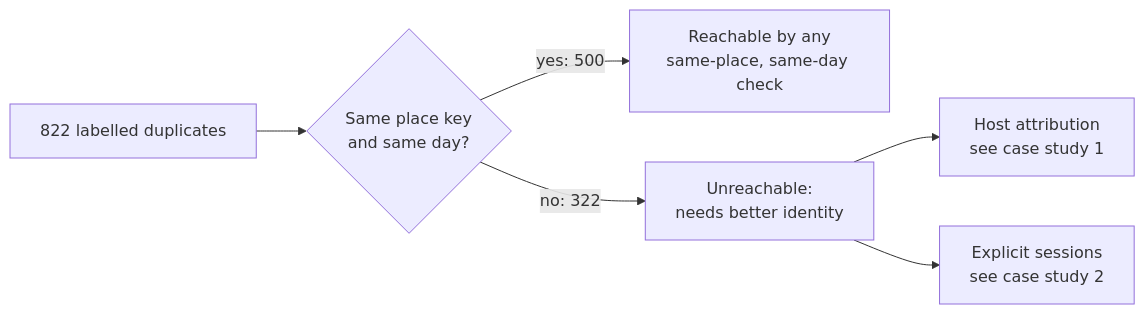
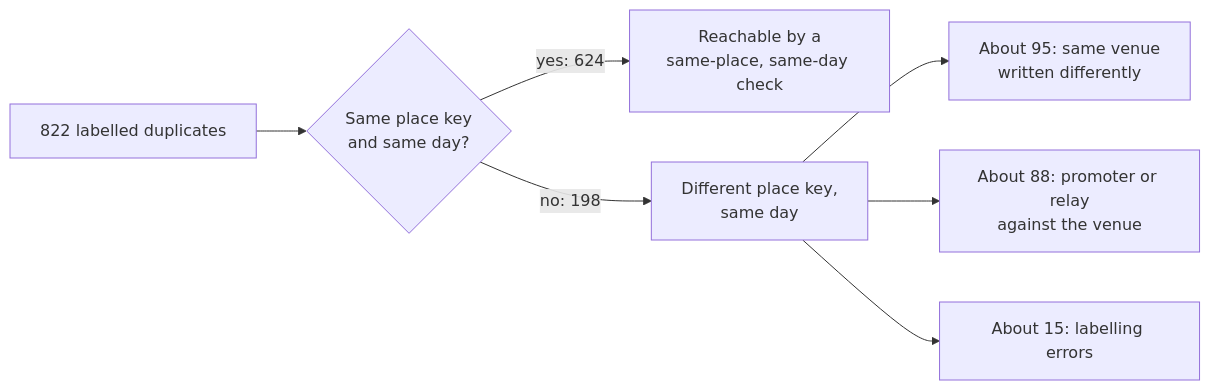
The diagram in docs/case-studies/03-duplicate-detection.md (Nachox07/extraction-evals), drawn with Mermaid before and after one commit. The commit also changed other lines of this file and 2 other files, not shown here.

First line of the commit message:
case study 3: corrected list-judge run and out-of-reach count

````diff
--- a/docs/case-studies/03-duplicate-detection.md
+++ b/docs/case-studies/03-duplicate-detection.md
@@ -95,8 +111,9 @@
 ```mermaid
 flowchart LR
     A[822 labelled duplicates] --> S{Same place key<br/>and same day?}
-    S -->|yes: 500| R[Reachable by any<br/>same-place, same-day check]
-    S -->|no: 322| U[Unreachable:<br/>needs better identity]
-    U --> H[Host attribution<br/>see case study 1]
-    U --> E[Explicit sessions<br/>see case study 2]
+    S -->|yes: 624| R[Reachable by a<br/>same-place, same-day check]
+    S -->|no: 198| U[Different place key,<br/>same day]
+    U --> N[About 95: same venue<br/>written differently]
+    U --> H[About 88: promoter or relay<br/>against the venue]
+    U --> L[About 15: labelling errors]
 ```
````
